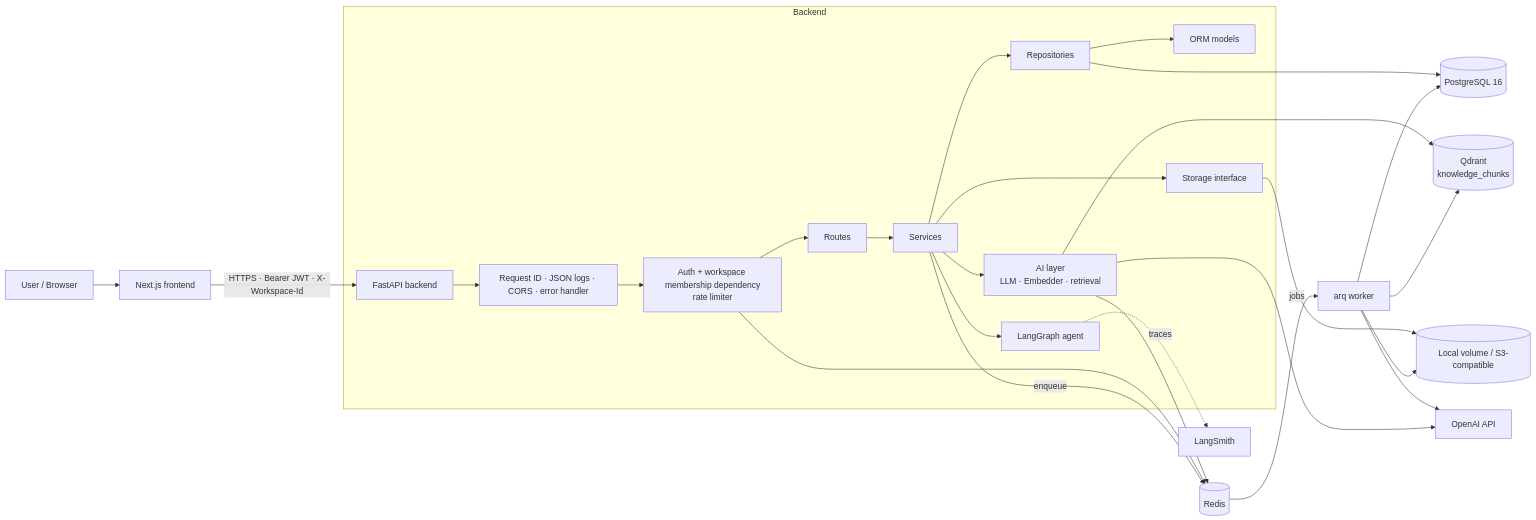
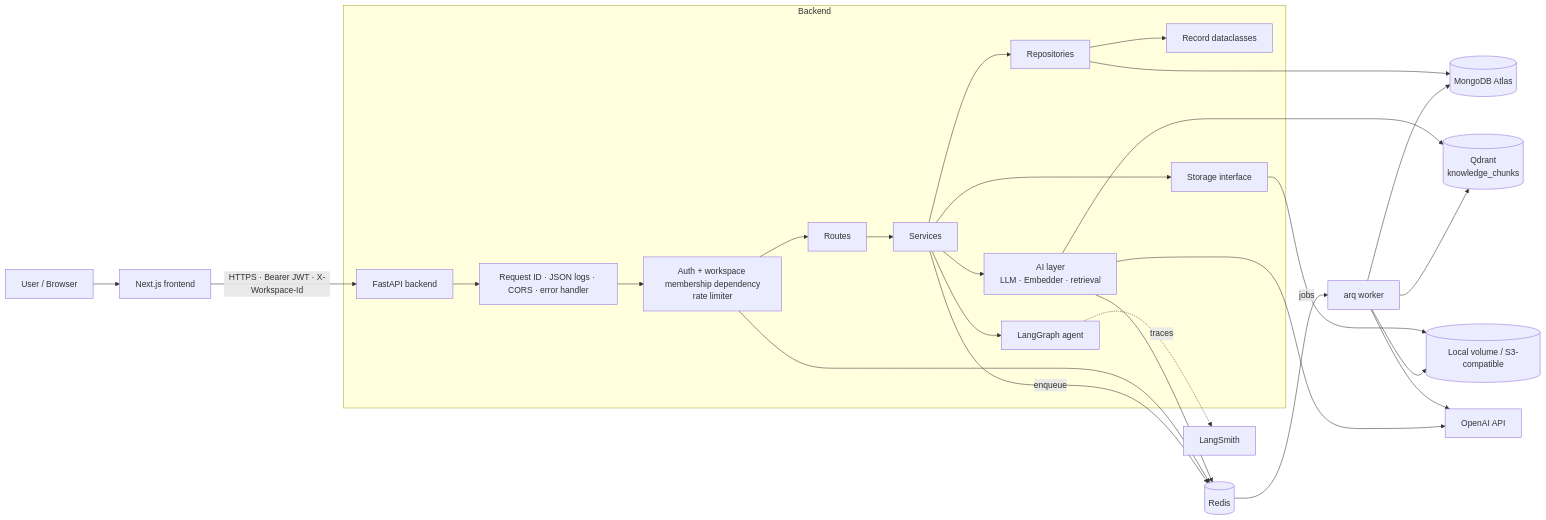
One commit to Anshtyagi9639/Production-RAG-Assistant changed the first of 5 diagrams in README.md. Above: the diagram before and after it, drawn with Mermaid. The commit also changed other lines of this file, not shown here.

````diff
--- a/README.md
+++ b/README.md
@@ -56,29 +56,29 @@
 ```mermaid
 flowchart LR
     U[User / Browser] --> FE[Next.js frontend]
     FE -- "HTTPS · Bearer JWT · X-Workspace-Id" --> API[FastAPI backend]
 
     subgraph Backend
         API --> MW[Request ID · JSON logs · CORS · error handler]
         MW --> DEP[Auth + workspace membership dependency<br/>rate limiter]
-        DEP --> R[Routes] --> S[Services] --> REPO[Repositories] --> M[ORM models]
+        DEP --> R[Routes] --> S[Services] --> REPO[Repositories] --> M[Record dataclasses]
         S --> AI[AI layer<br/>LLM · Embedder · retrieval]
         S --> AG[LangGraph agent]
         S --> ST[Storage interface]
     end
 
-    REPO --> PG[(PostgreSQL 16)]
+    REPO --> PG[(MongoDB Atlas)]
     AI --> QD[(Qdrant<br/>knowledge_chunks)]
     AI --> RD[(Redis)]
     DEP --> RD
     S -- enqueue --> RD
     ST --> FS[(Local volume / S3-compatible)]
 
     RD -- jobs --> W[arq worker]
     W --> PG
     W --> QD
     W --> FS
     W --> OAI[OpenAI API]
     AI --> OAI
     AG -. traces .-> LS[LangSmith]
 ```
````
